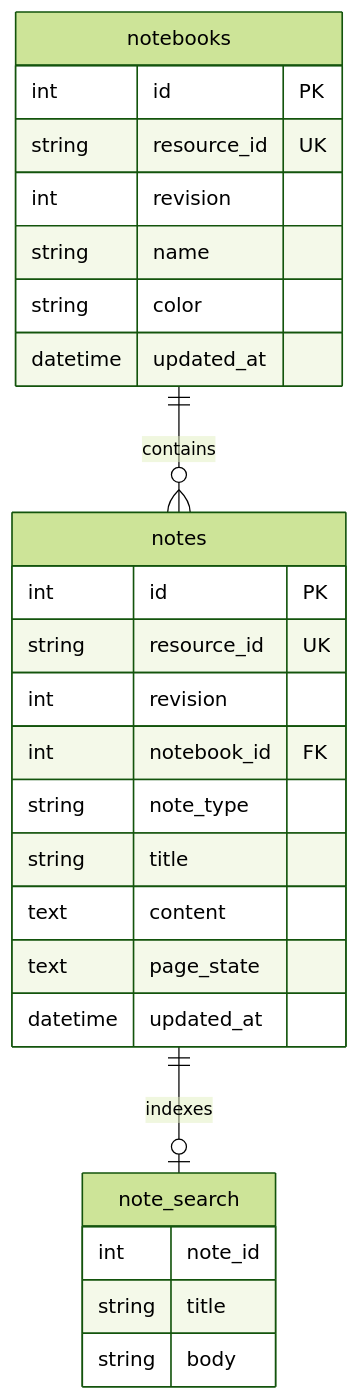
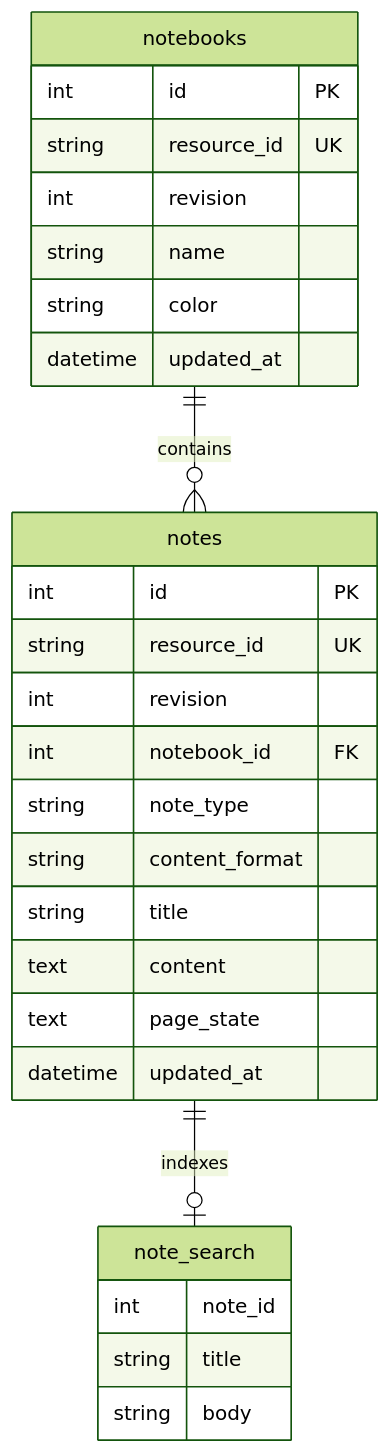
Before and after one commit to abhisheksreesaila/personalnote: the second of 2 diagrams in docs/ARCHITECTURE.md, drawn with Mermaid (forest theme). The commit also changed other lines of this file and 4 other files, not shown here.

Commit message:
F-026: docs (architecture, invariants, README), hidden imports for the packaged apps

````diff
--- a/docs/ARCHITECTURE.md
+++ b/docs/ARCHITECTURE.md
@@ -91,30 +92,31 @@
 ```mermaid
 erDiagram
     notebooks ||--o{ notes : contains
     notes ||--o| note_search : indexes
 
     notebooks {
         int id PK
         string resource_id UK
         int revision
         string name
         string color
         datetime updated_at
     }
     notes {
         int id PK
         string resource_id UK
         int revision
         int notebook_id FK
         string note_type
+        string content_format
         string title
         text content
         text page_state
         datetime updated_at
     }
     note_search {
         int note_id
         string title
         string body
     }
 ```
````
